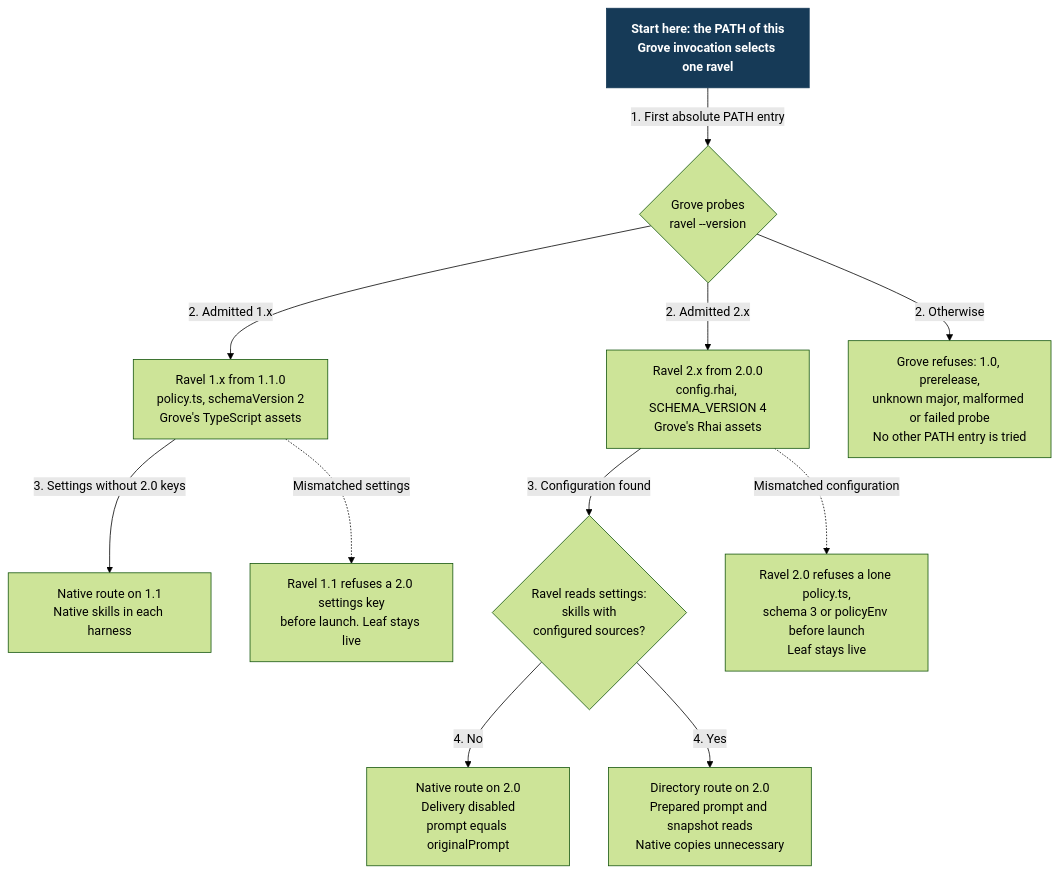
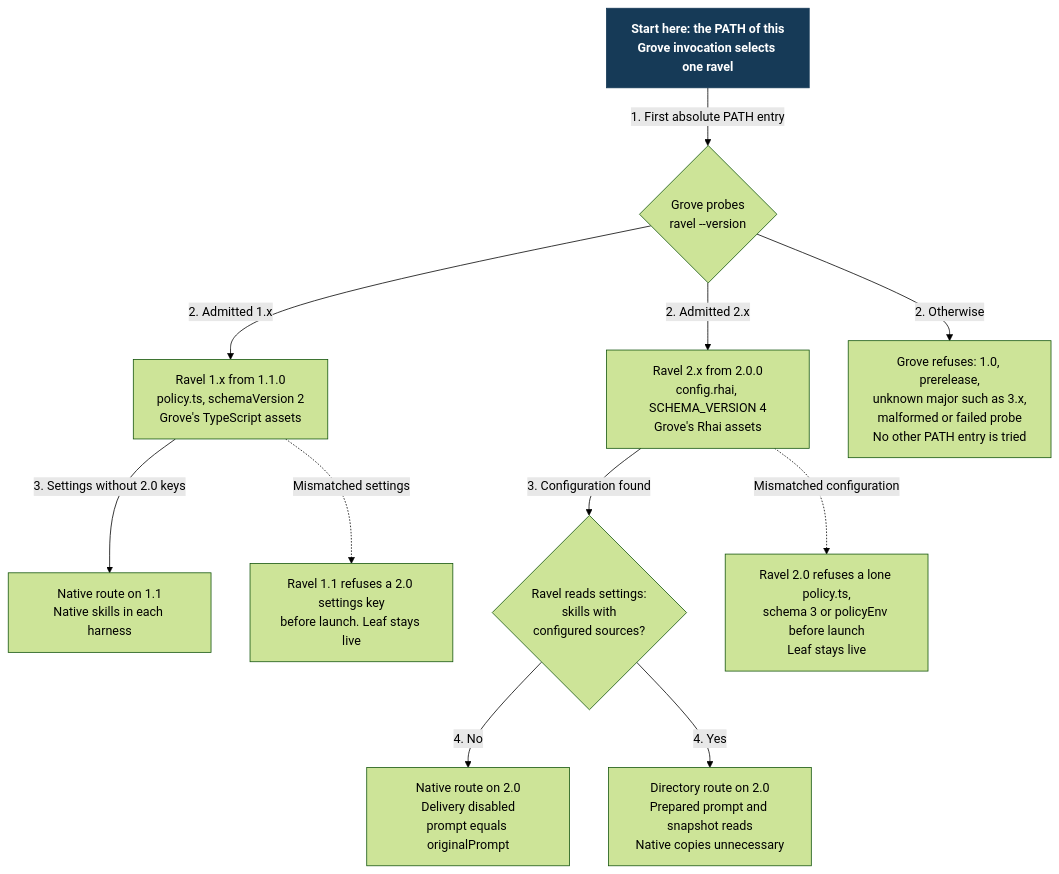
Before and after one commit to Linkuistics/grove: the diagram in docs/design/harness-selection-and-execution/routes.mmd, drawn with Mermaid (forest theme). The commit also changed 21 other files, not shown here.

```diff
--- a/docs/design/harness-selection-and-execution/routes.mmd
+++ b/docs/design/harness-selection-and-execution/routes.mmd
@@ -1,23 +1,23 @@
 flowchart TB
   Start["Start here: the PATH of this<br/>Grove invocation selects one ravel"]:::start
   Probe{"Grove probes<br/>ravel --version"}
-  Refuse["Grove refuses: 1.0, prerelease,<br/>unknown major, malformed or failed probe<br/>No other PATH entry is tried"]
+  Refuse["Grove refuses: 1.0, prerelease,<br/>unknown major such as 3.x,<br/>malformed or failed probe<br/>No other PATH entry is tried"]
   V1["Ravel 1.x from 1.1.0<br/>policy.ts, schemaVersion 2<br/>Grove's TypeScript assets"]
   V2["Ravel 2.x from 2.0.0<br/>config.rhai, SCHEMA_VERSION 4<br/>Grove's Rhai assets"]
   Skills{"Ravel reads settings:<br/>skills with<br/>configured sources?"}
   N1["Native route on 1.1<br/>Native skills in each harness"]
   N2["Native route on 2.0<br/>Delivery disabled<br/>prompt equals originalPrompt"]
   D2["Directory route on 2.0<br/>Prepared prompt and snapshot reads<br/>Native copies unnecessary"]
   M1["Ravel 1.1 refuses a 2.0 settings key<br/>before launch. Leaf stays live"]
   M2["Ravel 2.0 refuses a lone policy.ts,<br/>schema 3 or policyEnv before launch<br/>Leaf stays live"]
   Start -->|"1. First absolute PATH entry"| Probe
   Probe -->|"2. Admitted 1.x"| V1
   Probe -->|"2. Admitted 2.x"| V2
   Probe -->|"2. Otherwise"| Refuse
   V1 -->|"3. Settings without 2.0 keys"| N1
   V2 -->|"3. Configuration found"| Skills
   Skills -->|"4. No"| N2
   Skills -->|"4. Yes"| D2
   V1 -.->|"Mismatched settings"| M1
   V2 -.->|"Mismatched configuration"| M2
   classDef start fill:#163a57,color:#fff,stroke:#163a57,font-weight:bold
```
